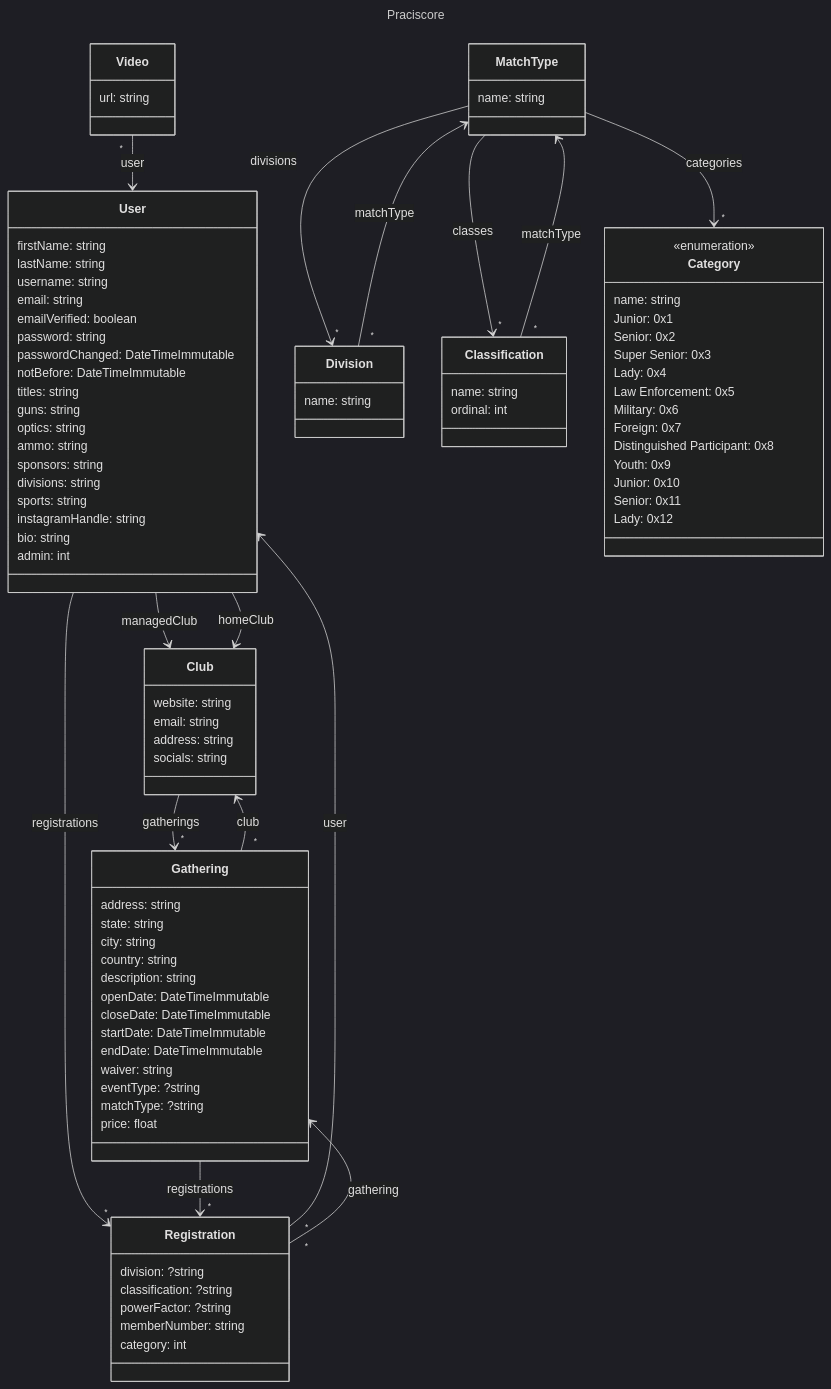
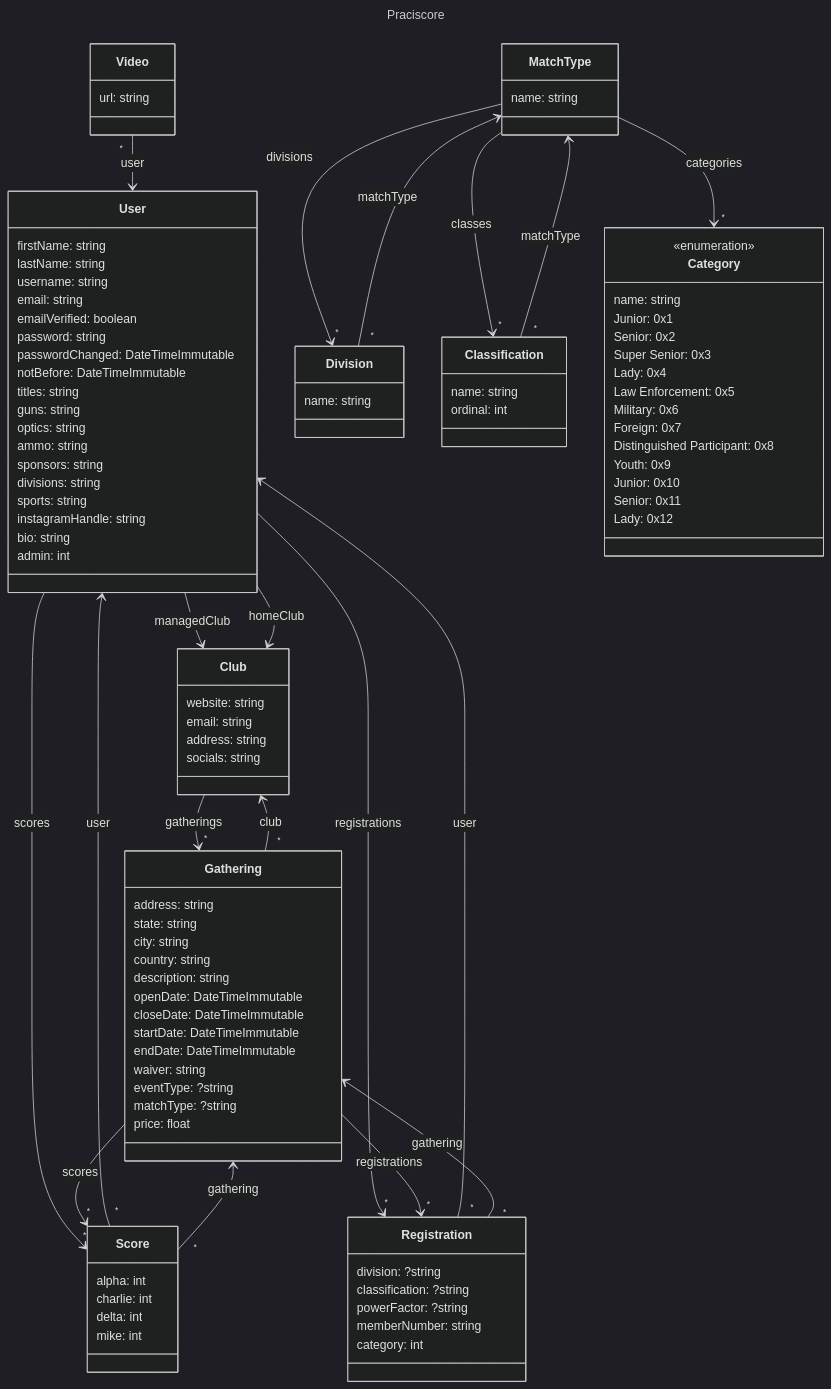
Before and after one commit to DankYoda/Practiscore: the diagram in docs/class_diagram.mmd, drawn with Mermaid (dark theme). The commit also changed 2 other files, not shown here.

Commit message:
Created Score entity

```diff
--- a/docs/class_diagram.mmd
+++ b/docs/class_diagram.mmd
@@ -1,102 +1,112 @@
 ---
 title: Praciscore
 ---
 classDiagram
     User --> Club: managedClub
     User --> Club: homeClub
     User --> "*" Registration: registrations
+    User --> "*" Score: scores
     class User {
         firstName: string
         lastName: string
         username: string
         email: string
         emailVerified: boolean
         password: string
         passwordChanged: DateTimeImmutable
         notBefore: DateTimeImmutable
         titles: string
         guns: string
         optics: string
         ammo: string
         sponsors: string
         divisions: string
         sports: string
         instagramHandle: string
         bio: string
         admin: int
     }
     Club --> "*" Gathering: gatherings
     class Club {
         website: string
         email: string
         address: string
         socials: string
     }
+    Score "*" --> User: user
+    Score "*" --> Gathering: gathering
+    class Score {
+        alpha: int
+        charlie: int
+        delta: int
+        mike: int
+    }
 
     Registration "*" --> User: user
     Registration "*" --> Gathering: gathering
     class Registration {
         division: ?string
         classification: ?string
         powerFactor: ?string
         memberNumber: string
         category: int
     }
 
+    Gathering --> "*" Score: scores
     Gathering --> "*" Registration: registrations
     Gathering "*" --> Club: club
     class Gathering {
         address: string
         state: string
         city: string
         country: string
         description: string
         openDate: DateTimeImmutable
         closeDate: DateTimeImmutable
         startDate: DateTimeImmutable
         endDate: DateTimeImmutable
         waiver: string
         eventType: ?string
         matchType: ?string
         price: float
     }
     MatchType --> "*" Division: divisions
     MatchType --> "*" Classification: classes
     MatchType --> "*" Category: categories
     class MatchType {
         name: string
     }
     Division "*" --> MatchType: matchType
     class Division {
         name: string
     }
     Classification "*" --> MatchType: matchType
     class Classification {
         name: string
         ordinal: int
     }
 
     class Category {
         name: string
     }
 
     class Category {
         <<enumeration>>
         Junior: 0x1
         Senior: 0x2
         Super Senior: 0x3
         Lady: 0x4
         Law Enforcement: 0x5
         Military: 0x6
         Foreign: 0x7
         Distinguished Participant: 0x8
         Youth: 0x9
         Junior: 0x10
         Senior: 0x11
         Lady: 0x12
     }
 
     Video "*" --> User: user
     class Video {
         url: string
     }
```
